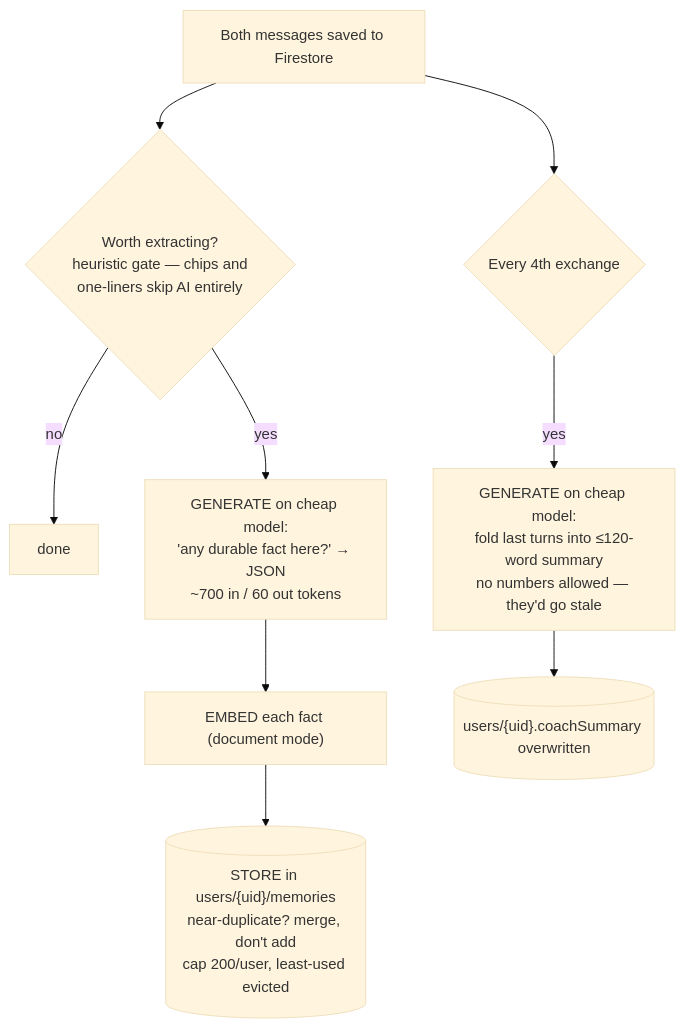
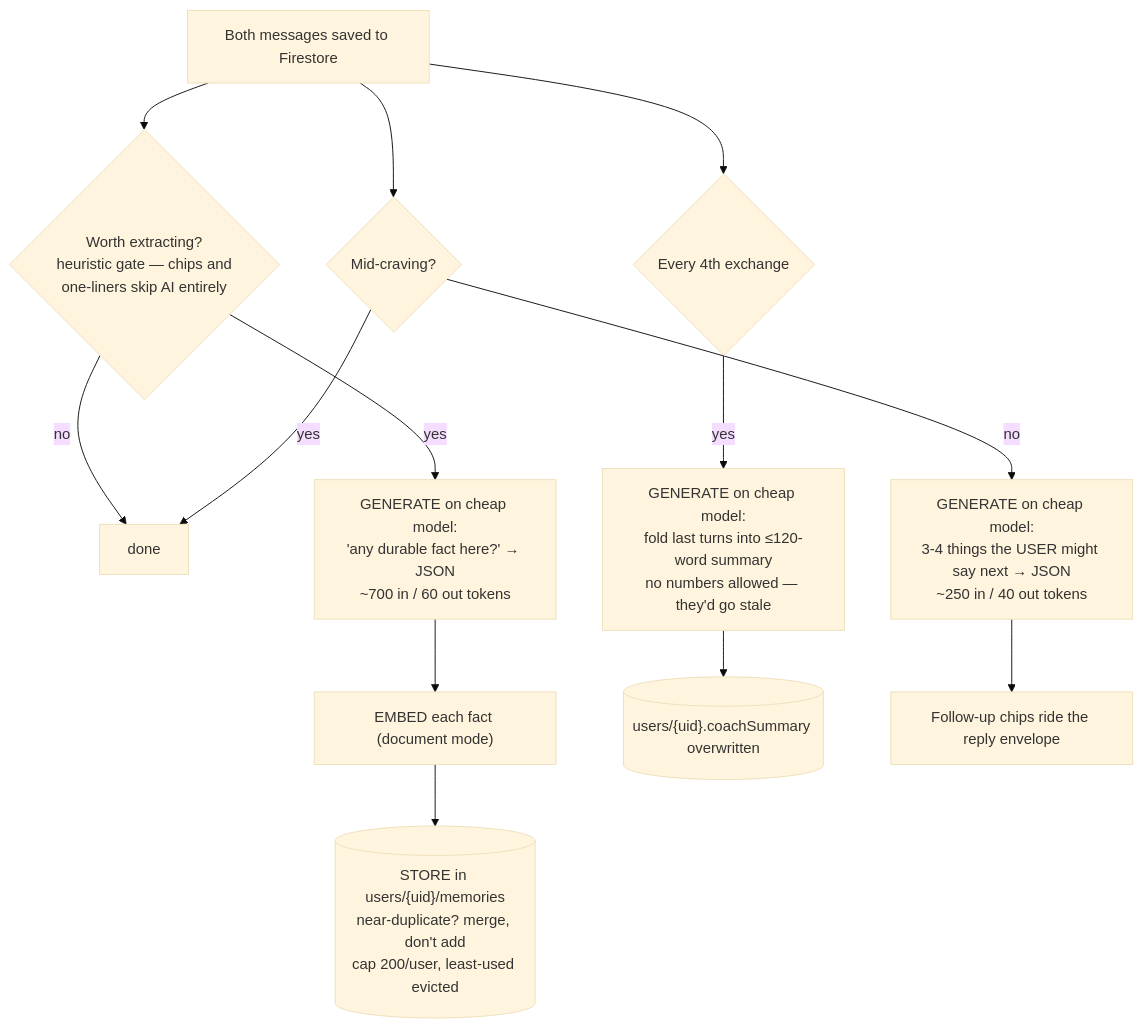
Before and after one commit to CodingWithTashi/cirrus: the second of 2 diagrams in docs/11_AI_Flow.md, drawn with Mermaid (base theme). The commit also changed other lines of this file and 63 other files, not shown here.

````diff
--- a/docs/11_AI_Flow.md
+++ b/docs/11_AI_Flow.md
@@ -41,11 +41,15 @@
 ```mermaid
 flowchart TD
     R[Both messages saved to Firestore] --> W{Worth extracting?<br/>heuristic gate — chips and<br/>one-liners skip AI entirely}
     W -- no --> X[done]
     W -- yes --> Y["GENERATE on cheap model:<br/>'any durable fact here?' → JSON<br/>~700 in / 60 out tokens"]
     Y --> V["EMBED each fact (document mode)"]
     V --> N[("STORE in users/{uid}/memories<br/>near-duplicate? merge, don't add<br/>cap 200/user, least-used evicted")]
     R --> S{Every 4th exchange}
     S -- yes --> T["GENERATE on cheap model:<br/>fold last turns into ≤120-word summary<br/>no numbers allowed — they'd go stale"]
     T --> U[("users/{uid}.coachSummary overwritten")]
+    R --> P{Mid-craving?}
+    P -- yes --> X
+    P -- no --> Q["GENERATE on cheap model:<br/>3-4 things the USER might say next → JSON<br/>~250 in / 40 out tokens"]
+    Q --> O[Follow-up chips ride the reply envelope]
 ```
````
